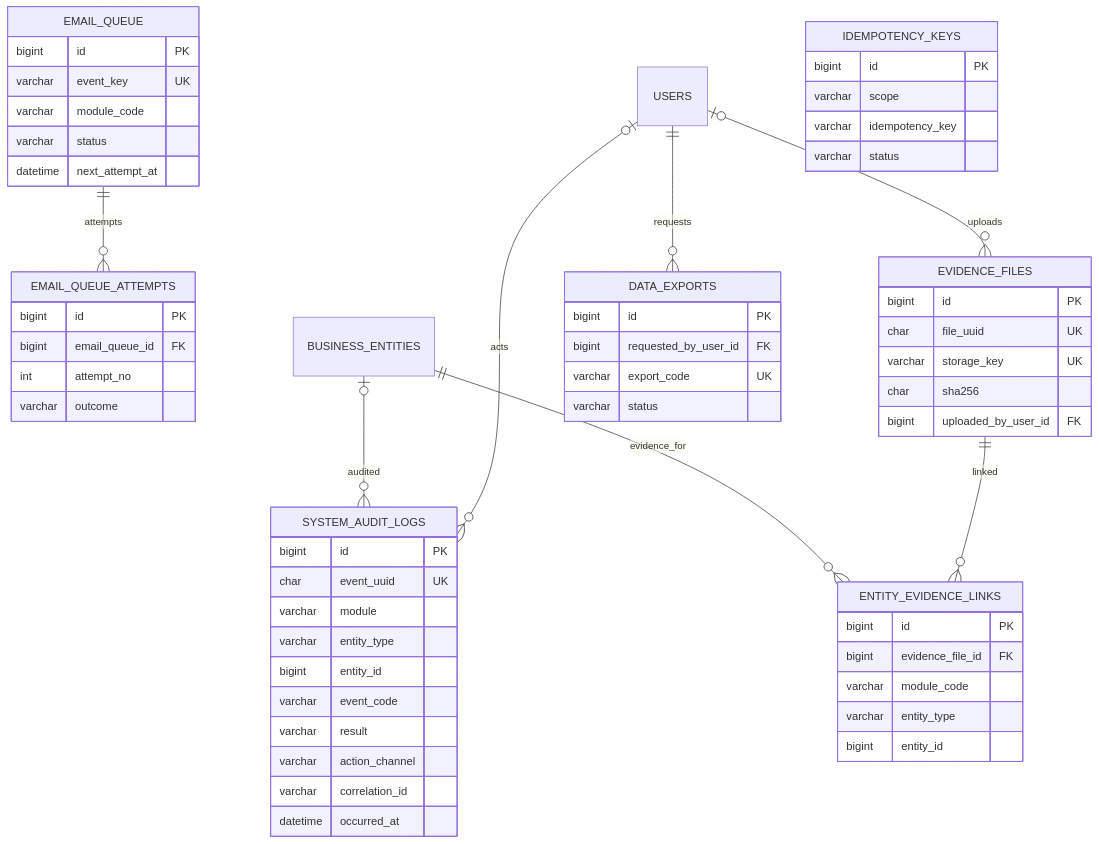
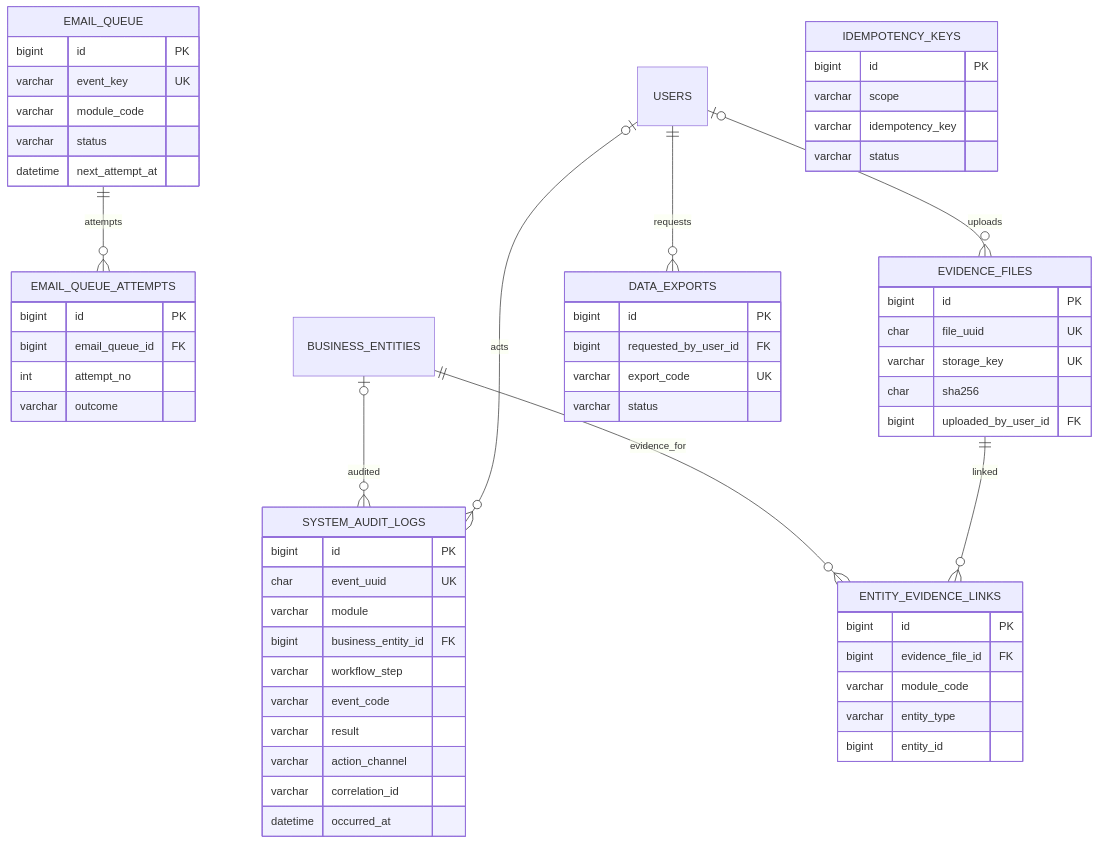
One commit to daoaigiangnam/kpi_dashboard changed the eighth of 8 diagrams in uoa-server-room/docs/ERD_PHYSICAL.md. Above: the diagram before and after it, drawn with Mermaid. The commit also changed other lines of this file, not shown here.

Commit message:
docs(uoa): align physical ERD with ADR-009 audit linkage

````diff
--- a/uoa-server-room/docs/ERD_PHYSICAL.md
+++ b/uoa-server-room/docs/ERD_PHYSICAL.md
@@ -604,62 +606,62 @@
 ```mermaid
 erDiagram
     EMAIL_QUEUE ||--o{ EMAIL_QUEUE_ATTEMPTS : attempts
     BUSINESS_ENTITIES o|--o{ SYSTEM_AUDIT_LOGS : audited
     BUSINESS_ENTITIES ||--o{ ENTITY_EVIDENCE_LINKS : evidence_for
     USERS o|--o{ SYSTEM_AUDIT_LOGS : acts
     USERS o|--o{ EVIDENCE_FILES : uploads
     EVIDENCE_FILES ||--o{ ENTITY_EVIDENCE_LINKS : linked
     USERS ||--o{ DATA_EXPORTS : requests
 
     EMAIL_QUEUE {
       bigint id PK
       varchar event_key UK
       varchar module_code
       varchar status
       datetime next_attempt_at
     }
     EMAIL_QUEUE_ATTEMPTS {
       bigint id PK
       bigint email_queue_id FK
       int attempt_no
       varchar outcome
     }
     SYSTEM_AUDIT_LOGS {
       bigint id PK
       char event_uuid UK
       varchar module
-      varchar entity_type
-      bigint entity_id
+      bigint business_entity_id FK
+      varchar workflow_step
       varchar event_code
       varchar result
       varchar action_channel
       varchar correlation_id
       datetime occurred_at
     }
     EVIDENCE_FILES {
       bigint id PK
       char file_uuid UK
       varchar storage_key UK
       char sha256
       bigint uploaded_by_user_id FK
     }
     ENTITY_EVIDENCE_LINKS {
       bigint id PK
       bigint evidence_file_id FK
       varchar module_code
       varchar entity_type
       bigint entity_id
     }
     IDEMPOTENCY_KEYS {
       bigint id PK
       varchar scope
       varchar idempotency_key
       varchar status
     }
     DATA_EXPORTS {
       bigint id PK
       bigint requested_by_user_id FK
       varchar export_code UK
       varchar status
     }
 ```
````
